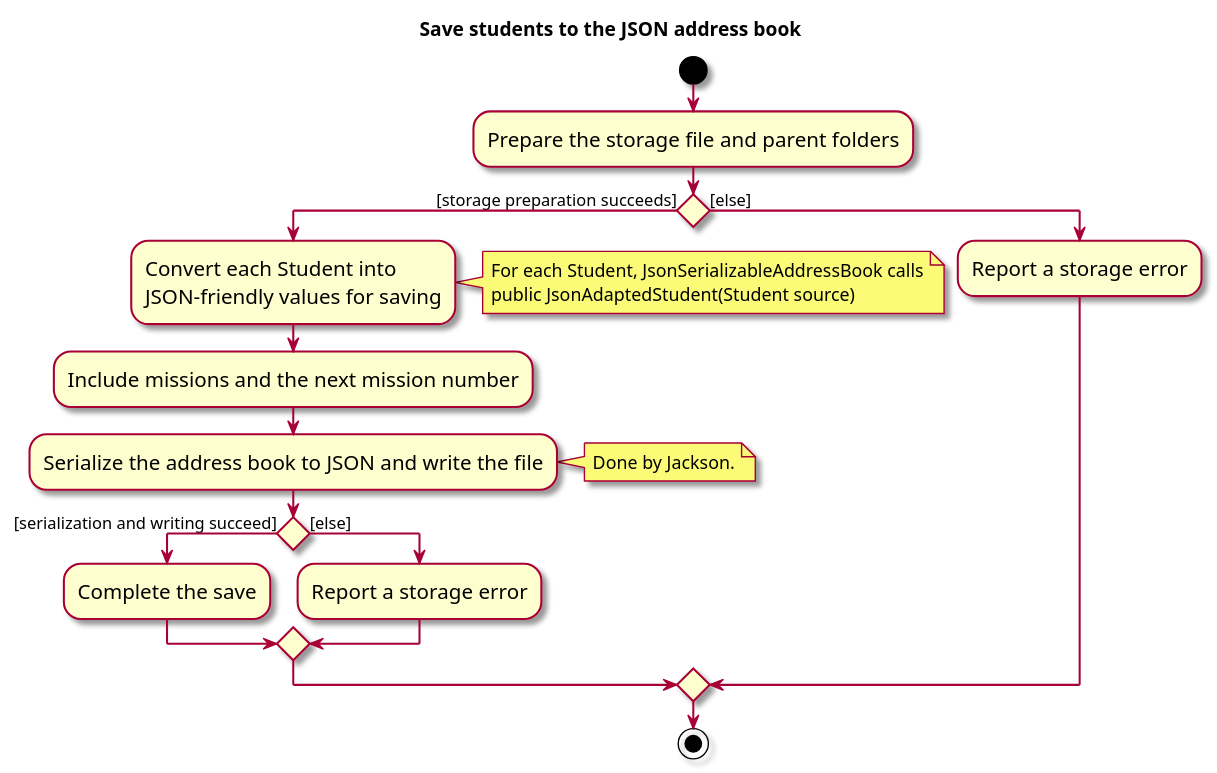
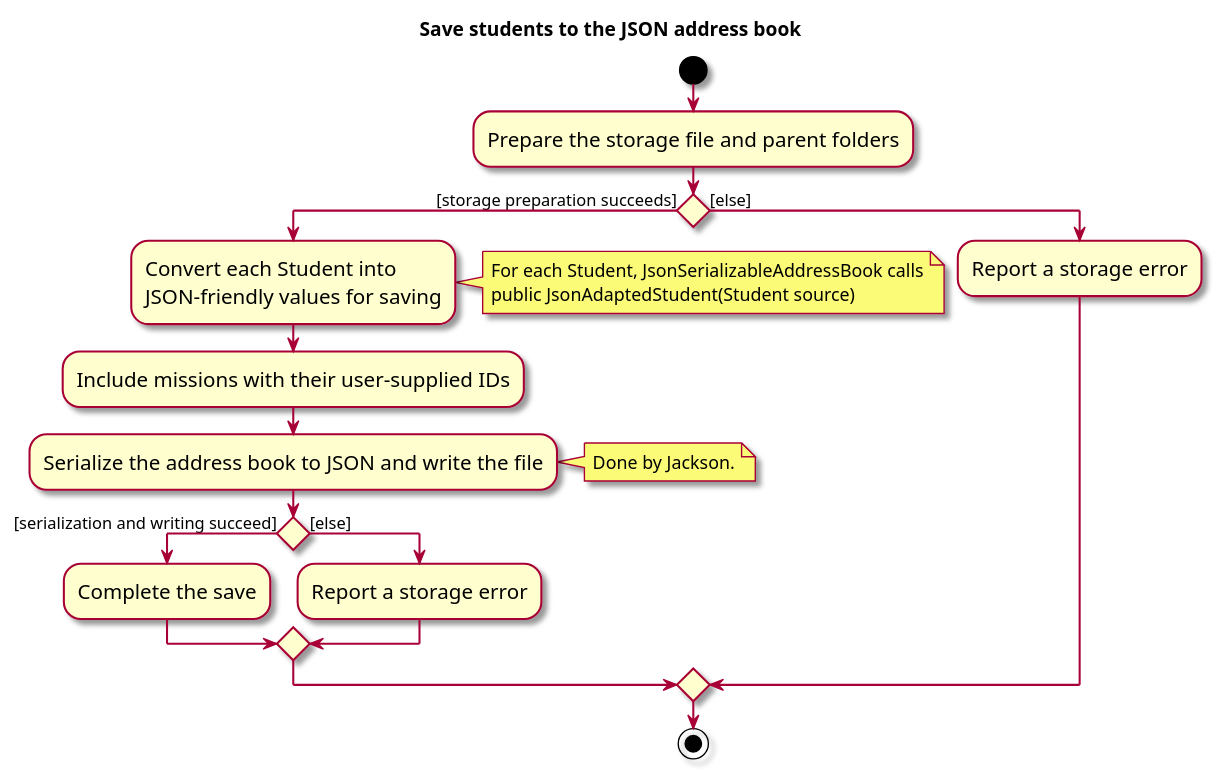
Before and after one commit to AY2627S1-CS2103T-F14a-1/tp: the diagram in diagrams/SaveAdaptedStudentActivityDiagram.puml, drawn with PlantUML. The commit also changed 27 other files, not shown here.

```diff
--- a/diagrams/SaveAdaptedStudentActivityDiagram.puml
+++ b/diagrams/SaveAdaptedStudentActivityDiagram.puml
@@ -1,30 +1,30 @@
 @startuml
 skin rose
 skinparam ActivityFontSize 15
 skinparam ArrowFontSize 12
 title Save students to the JSON address book
 
 start
 :Prepare the storage file and parent folders;
 if () then ([storage preparation succeeds])
     :Convert each Student into
     JSON-friendly values for saving;
     note right
         For each Student, JsonSerializableAddressBook calls
         public JsonAdaptedStudent(Student source)
     end note
-    :Include missions and the next mission number;
+    :Include missions with their user-supplied IDs;
     :Serialize the address book to JSON and write the file;
     note right
         Done by Jackson.
     end note
     if () then ([serialization and writing succeed])
         :Complete the save;
     else ([else])
         :Report a storage error;
     endif
 else ([else])
     :Report a storage error;
 endif
 stop
 @enduml
```
